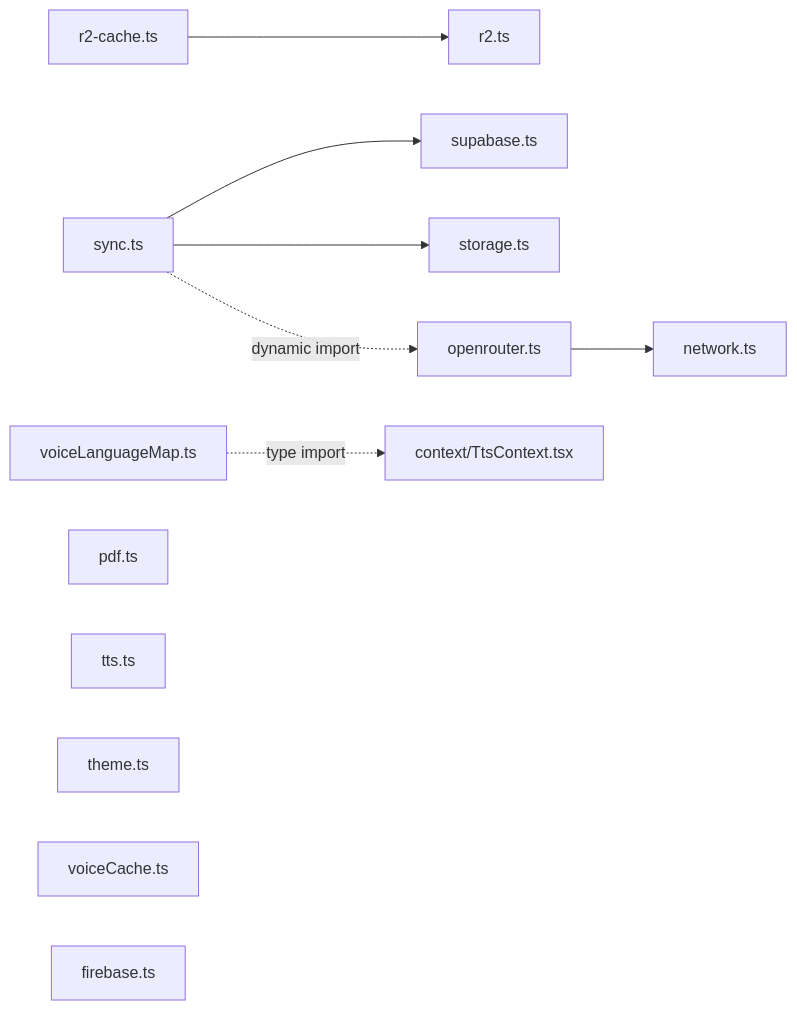
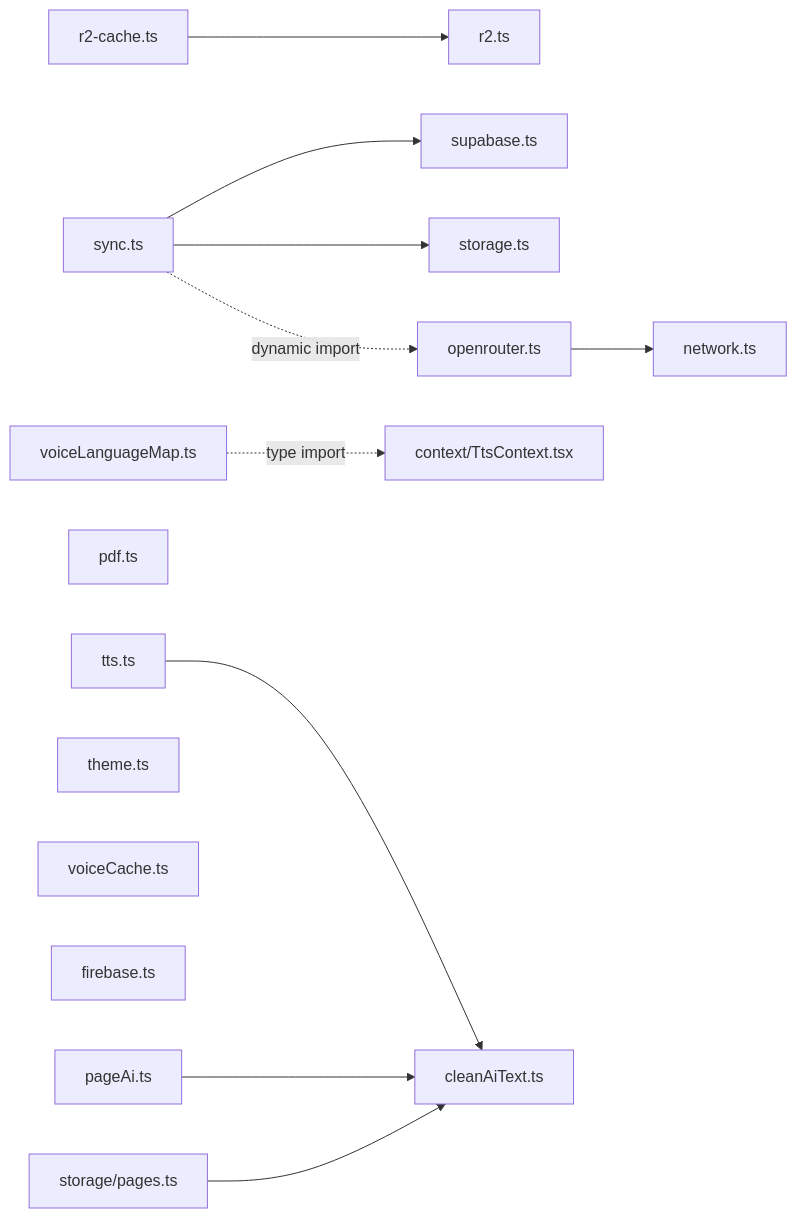
One commit to CyberBanjara/doclens-ai changed the diagram in documentation/Product/Architecture.md. Above: the diagram before and after it, drawn with Mermaid. The commit also changed other lines of this file and 10 other files, not shown here.

````diff
--- a/documentation/Product/Architecture.md
+++ b/documentation/Product/Architecture.md
@@ -31,18 +31,21 @@
 ```mermaid
 graph LR
     network[network.ts] 
     openrouter[openrouter.ts] --> network
     r2[r2.ts]
     r2cache[r2-cache.ts] --> r2
     supabase[supabase.ts]
     storage[storage.ts]
     sync[sync.ts] --> supabase
     sync --> storage
     sync -.dynamic import.-> openrouter
     voiceLangMap[voiceLanguageMap.ts] -.type import.-> TtsContext[context/TtsContext.tsx]
     pdf[pdf.ts]
-    tts[tts.ts]
+    tts[tts.ts] --> cleanAiText[cleanAiText.ts]
+    cleanAiText
     theme[theme.ts]
     voiceCache[voiceCache.ts]
     firebase[firebase.ts]
+    pageAi[pageAi.ts] --> cleanAiText
+    storagePg[storage/pages.ts] --> cleanAiText
 ```
````
